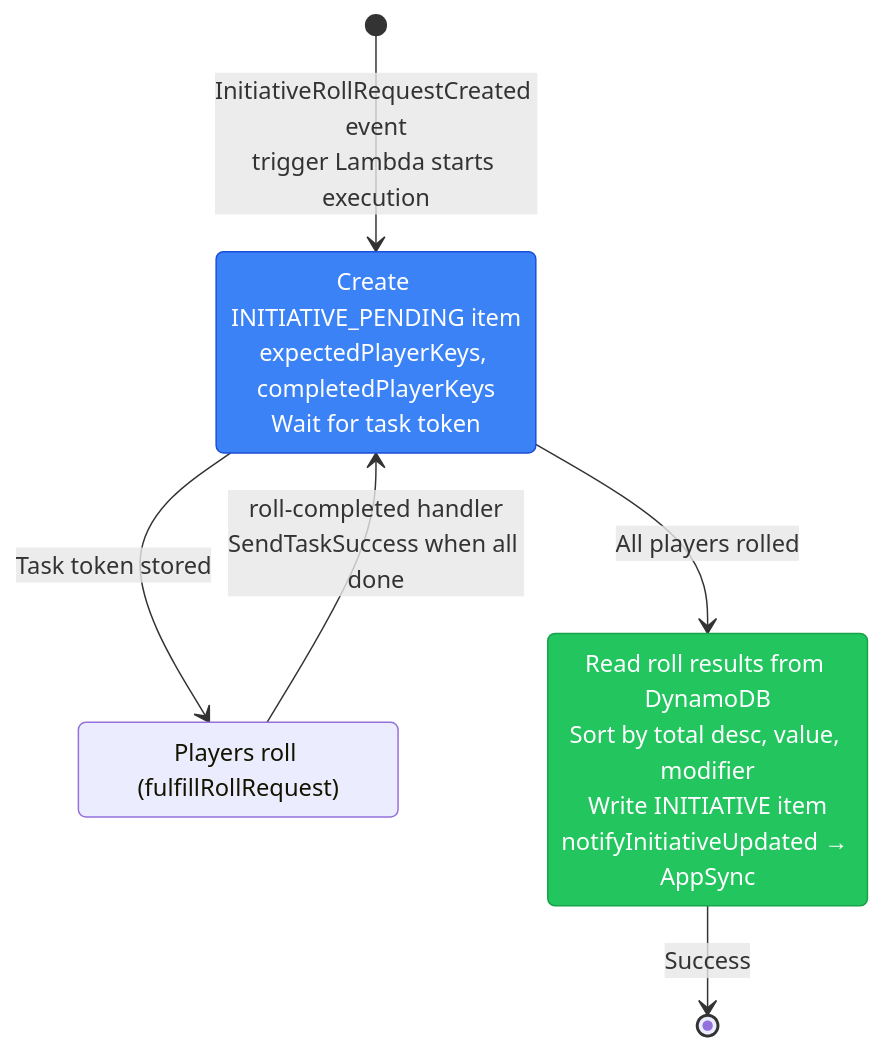
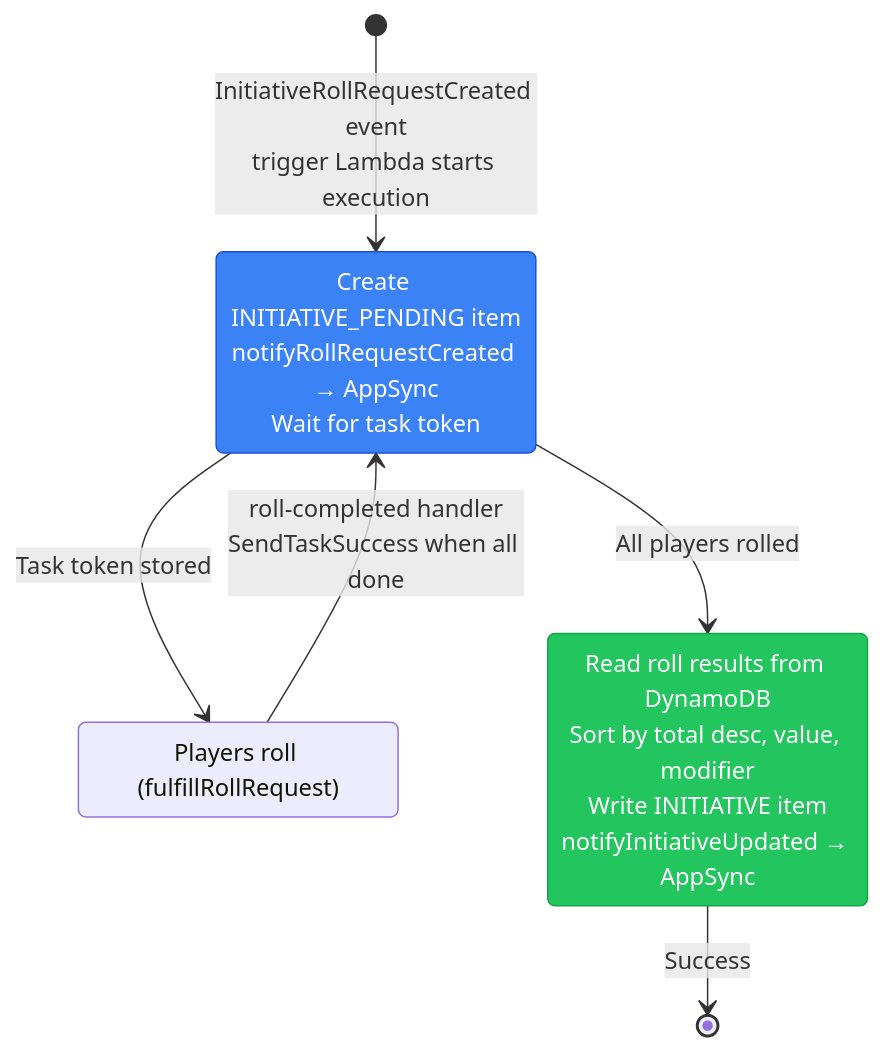
The second of 2 diagrams in docs/architecture.md (Puzzlebottom/puzzlebottom-tabletop-tools), drawn with Mermaid before and after one commit. The commit also changed other lines of this file and 11 other files, not shown here.

First line of the commit message:
fix(initiative): pipeline-driven roll request notification via notifyRollRequestCreated

````diff
--- a/docs/architecture.md
+++ b/docs/architecture.md
@@ -143,18 +143,18 @@
 ```mermaid
 stateDiagram-v2
     [*] --> CreateInitiativePending: InitiativeRollRequestCreated event<br/>trigger Lambda starts execution
 
-    CreateInitiativePending: Create INITIATIVE_PENDING item<br/>expectedPlayerKeys, completedPlayerKeys<br/>Wait for task token
+    CreateInitiativePending: Create INITIATIVE_PENDING item<br/>notifyRollRequestCreated → AppSync<br/>Wait for task token
 
     state "Players roll (fulfillRollRequest)" as Players
     CreateInitiativePending --> Players: Task token stored
     Players --> CreateInitiativePending: roll-completed handler<br/>SendTaskSuccess when all done
 
     OrderInitiative: Read roll results from DynamoDB<br/>Sort by total desc, value, modifier<br/>Write INITIATIVE item<br/>notifyInitiativeUpdated → AppSync
 
     CreateInitiativePending --> OrderInitiative: All players rolled
     OrderInitiative --> [*]: Success
 
     style CreateInitiativePending fill:#3b82f6,stroke:#1d4ed8,color:#fff
     style OrderInitiative fill:#22c55e,stroke:#16a34a,color:#fff
 ```
````
